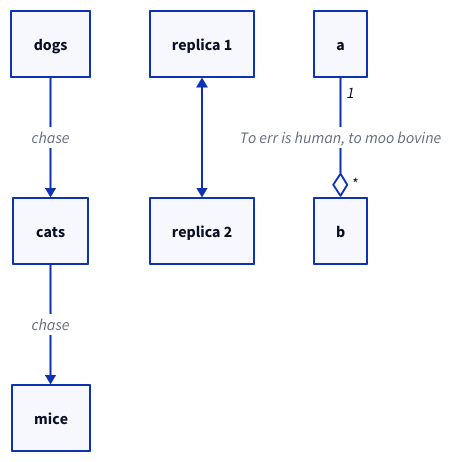
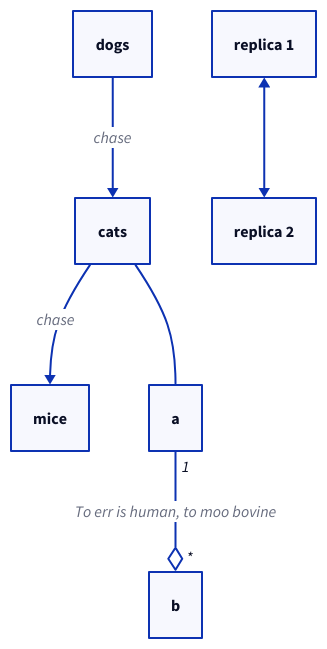
Before and after one commit to indoorvivants/subatomic: the first of 2 diagrams in docs/pages/diagrams.md, drawn with D2. The commit also changed other lines of this file and 6 other files, not shown here.

````diff
--- a/docs/pages/diagrams.md
+++ b/docs/pages/diagrams.md
@@ -27,10 +28,11 @@
 ```d2:sample-1
 dogs -> cats -> mice: chase
 replica 1 <-> replica 2
 a -> b: To err is human, to moo bovine {
   source-arrowhead: 1
   target-arrowhead: * {
     shape: diamond
   }
 }
+cats -- a
 ```
````
